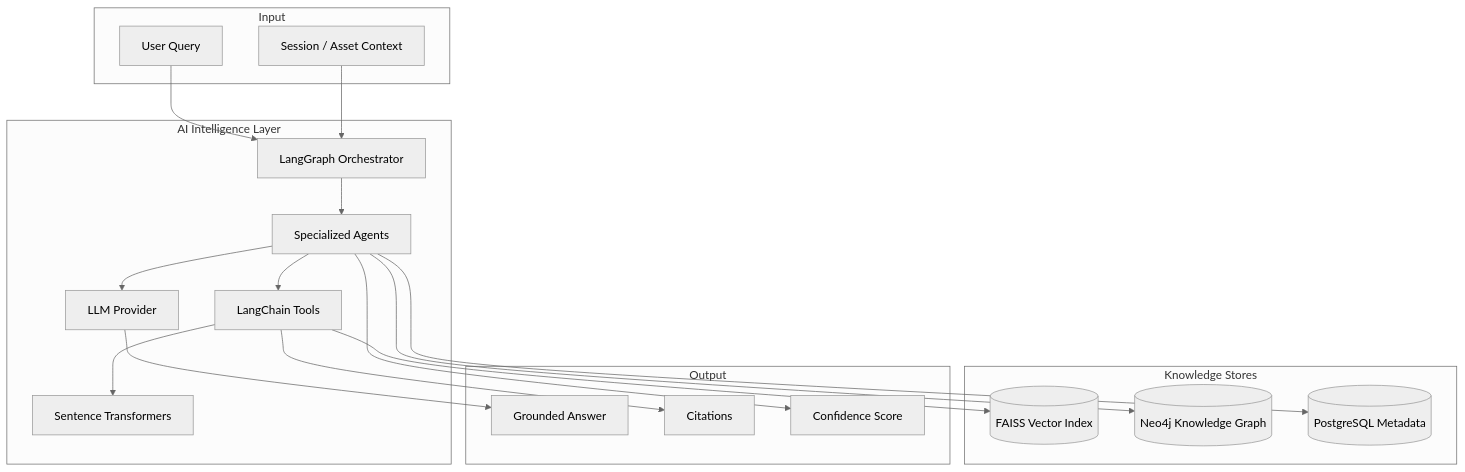
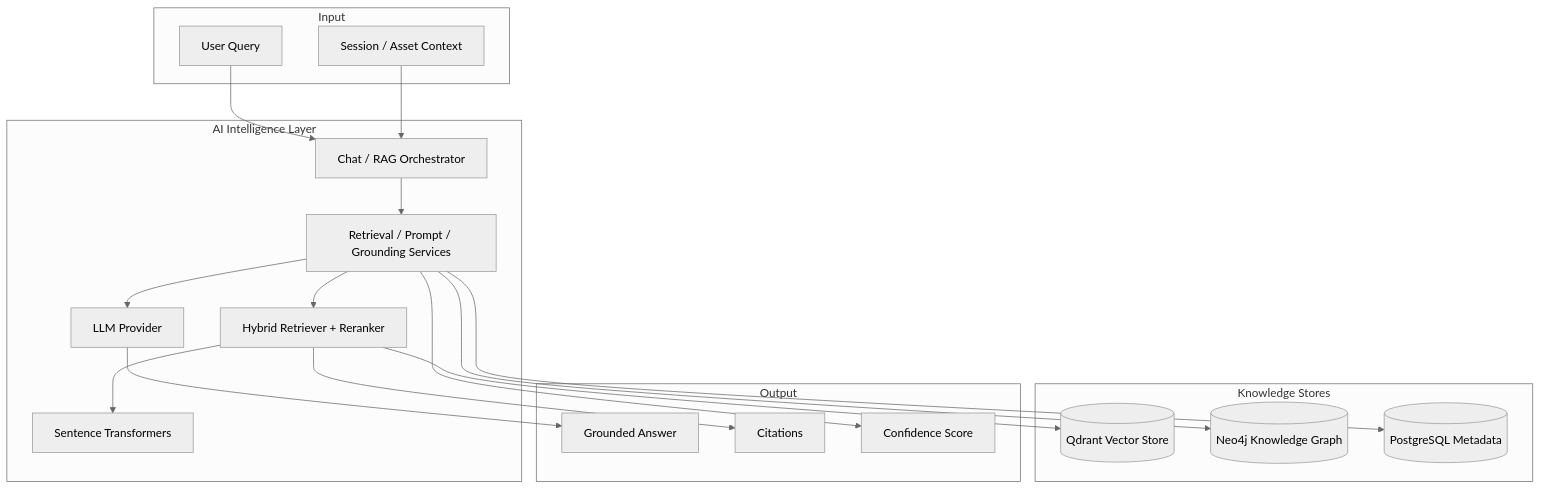
One commit to pratapVansh/TRACE changed the second of 11 diagrams in docs/08_AI_ARCHITECTURE.md. Above: the diagram before and after it, drawn with Mermaid (neutral theme). The commit also changed other lines of this file and 60 other files, not shown here.

````diff
--- a/docs/08_AI_ARCHITECTURE.md
+++ b/docs/08_AI_ARCHITECTURE.md
@@ -73,40 +80,40 @@
 ```mermaid
 flowchart TB
     subgraph Input
         Q["User Query"]
         CTX["Session / Asset Context"]
     end
 
     subgraph Intelligence["AI Intelligence Layer"]
-        LG["LangGraph Orchestrator"]
-        AG["Specialized Agents"]
-        LC["LangChain Tools"]
+        LG["Chat / RAG Orchestrator"]
+        AG["Retrieval / Prompt / Grounding Services"]
+        LC["Hybrid Retriever + Reranker"]
         EMB["Sentence Transformers"]
         LLM["LLM Provider"]
     end
 
     subgraph Stores["Knowledge Stores"]
-        VEC[("FAISS Vector Index")]
+        VEC[("Qdrant Vector Store")]
         NEO[("Neo4j Knowledge Graph")]
         PG[("PostgreSQL Metadata")]
     end
 
     subgraph Output
         ANS["Grounded Answer"]
         CIT["Citations"]
         CONF["Confidence Score"]
     end
 
     Q --> LG
     CTX --> LG
     LG --> AG
     AG --> LC
     LC --> EMB
     LC --> VEC
     AG --> NEO
     AG --> PG
     AG --> LLM
     LLM --> ANS
     LC --> CIT
     AG --> CONF
 ```
````
